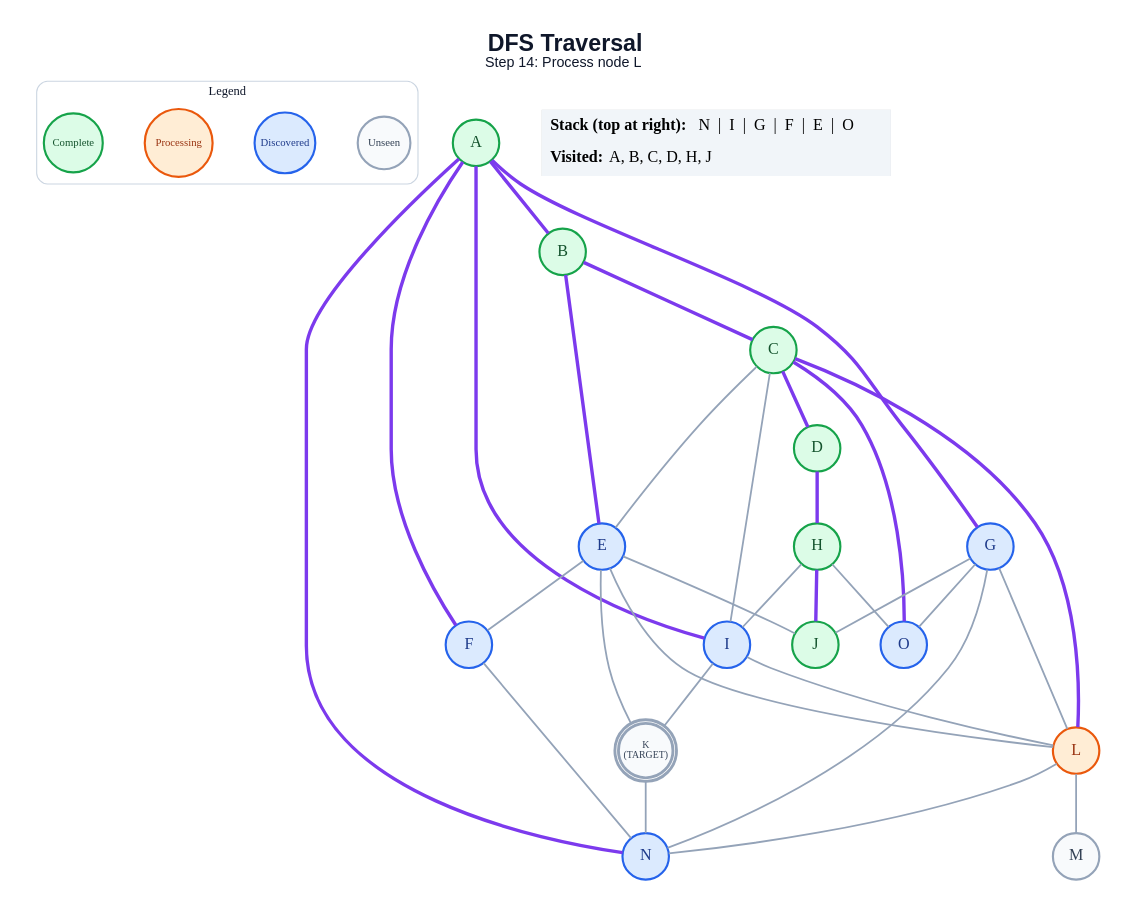
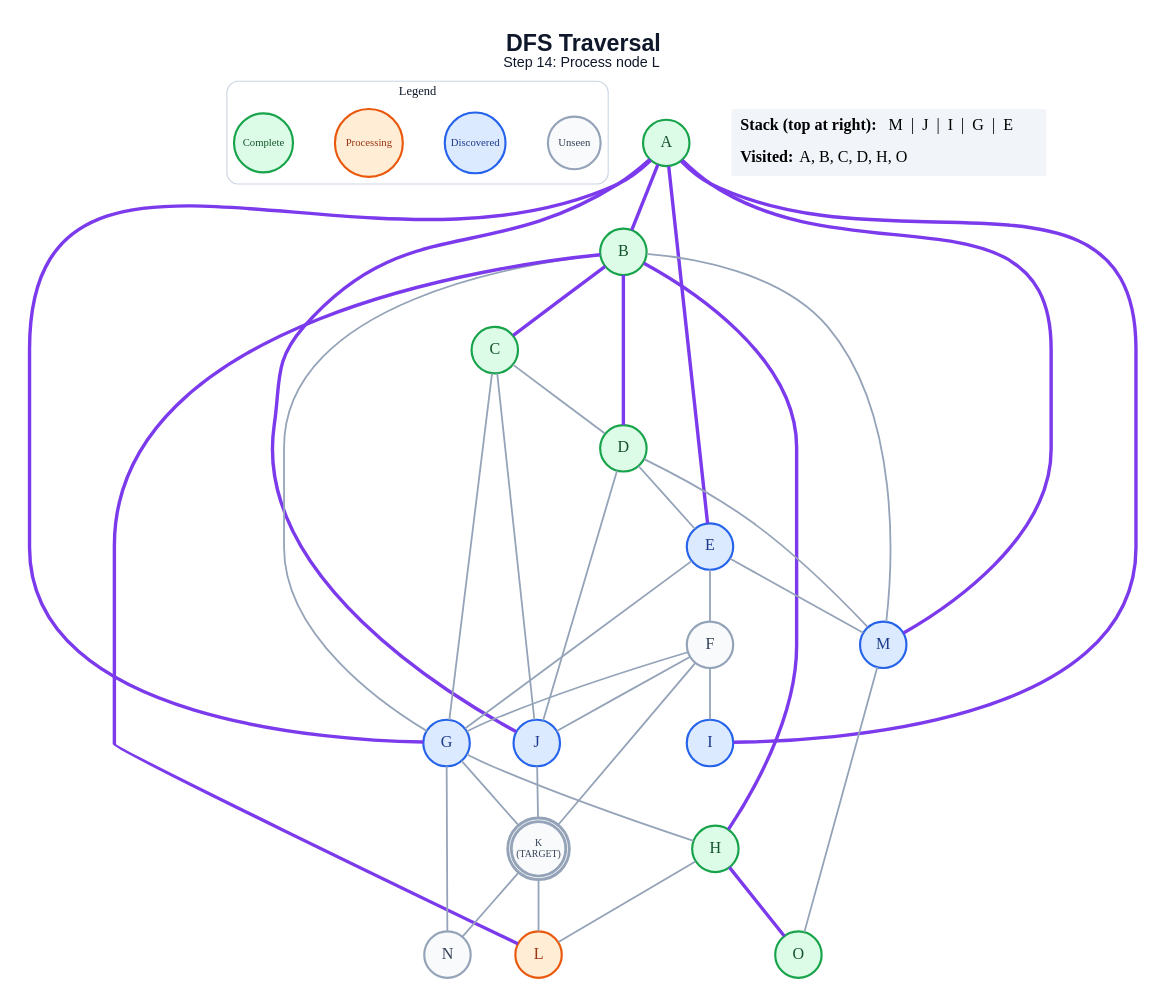
Before and after one commit to anon7238593-create/ai-slop: the diagram in generated/dfs/step_14.dot, drawn with Graphviz. The commit also changed 300 other files, not shown here.

```diff
--- a/generated/dfs/step_14.dot
+++ b/generated/dfs/step_14.dot
@@ -1,64 +1,68 @@
 graph traversal {
   graph [layout=dot, rankdir=TB, bgcolor="#FFFFFF", pad="0.35", nodesep="0.65", ranksep="0.8", fontname="Arial"];
   node [shape=circle, style="filled", fontname="Arial Bold", fontsize=18, width=0.72, fixedsize=true, penwidth=2.4];
   edge [color="#94A3B8", penwidth=2.0];
   label=<<B>DFS Traversal</B><BR/><FONT POINT-SIZE="16">Step 14: Process node L</FONT>>; labelloc="t"; fontsize=26; fontname="Arial"; fontcolor="#0F172A";
   subgraph cluster_legend { label="Legend"; color="#CBD5E1"; penwidth=1.2; style="rounded"; fontsize=14; fontname="Arial Bold";
     key_unseen [label="Unseen", fillcolor="#F8FAFC", color="#94A3B8", fontcolor="#334155", fontsize=12, width=0.82];
     key_frontier [label="Discovered", fillcolor="#DBEAFE", color="#2563EB", fontcolor="#1E3A8A", fontsize=12, width=0.95];
     key_current [label="Processing", fillcolor="#FFEDD5", color="#EA580C", fontcolor="#9A3412", fontsize=12, width=1.05];
     key_done [label="Complete", fillcolor="#DCFCE7", color="#16A34A", fontcolor="#14532D", fontsize=12, width=0.92];
     { rank=same; key_unseen; key_frontier; key_current; key_done; }
   }
   A [label="A", fillcolor="#DCFCE7", color="#16A34A", fontcolor="#14532D", peripheries=1, penwidth=2.4];
   B [label="B", fillcolor="#DCFCE7", color="#16A34A", fontcolor="#14532D", peripheries=1, penwidth=2.4];
   C [label="C", fillcolor="#DCFCE7", color="#16A34A", fontcolor="#14532D", peripheries=1, penwidth=2.4];
   D [label="D", fillcolor="#DCFCE7", color="#16A34A", fontcolor="#14532D", peripheries=1, penwidth=2.4];
   E [label="E", fillcolor="#DBEAFE", color="#2563EB", fontcolor="#1E3A8A", peripheries=1, penwidth=2.4];
-  F [label="F", fillcolor="#DBEAFE", color="#2563EB", fontcolor="#1E3A8A", peripheries=1, penwidth=2.4];
+  F [label="F", fillcolor="#F8FAFC", color="#94A3B8", fontcolor="#334155", peripheries=1, penwidth=2.4];
   G [label="G", fillcolor="#DBEAFE", color="#2563EB", fontcolor="#1E3A8A", peripheries=1, penwidth=2.4];
   H [label="H", fillcolor="#DCFCE7", color="#16A34A", fontcolor="#14532D", peripheries=1, penwidth=2.4];
   I [label="I", fillcolor="#DBEAFE", color="#2563EB", fontcolor="#1E3A8A", peripheries=1, penwidth=2.4];
-  J [label="J", fillcolor="#DCFCE7", color="#16A34A", fontcolor="#14532D", peripheries=1, penwidth=2.4];
+  J [label="J", fillcolor="#DBEAFE", color="#2563EB", fontcolor="#1E3A8A", peripheries=1, penwidth=2.4];
   K [label="K\n(TARGET)", fillcolor="#F8FAFC", color="#94A3B8", fontcolor="#334155", peripheries=2, penwidth=3.2, fontsize=11, width=0.85, height=0.85];
   L [label="L", fillcolor="#FFEDD5", color="#EA580C", fontcolor="#9A3412", peripheries=1, penwidth=2.4];
-  M [label="M", fillcolor="#F8FAFC", color="#94A3B8", fontcolor="#334155", peripheries=1, penwidth=2.4];
-  N [label="N", fillcolor="#DBEAFE", color="#2563EB", fontcolor="#1E3A8A", peripheries=1, penwidth=2.4];
-  O [label="O", fillcolor="#DBEAFE", color="#2563EB", fontcolor="#1E3A8A", peripheries=1, penwidth=2.4];
+  M [label="M", fillcolor="#DBEAFE", color="#2563EB", fontcolor="#1E3A8A", peripheries=1, penwidth=2.4];
+  N [label="N", fillcolor="#F8FAFC", color="#94A3B8", fontcolor="#334155", peripheries=1, penwidth=2.4];
+  O [label="O", fillcolor="#DCFCE7", color="#16A34A", fontcolor="#14532D", peripheries=1, penwidth=2.4];
   A -- B [color="#7C3AED", penwidth=3.8];
-  A -- F [color="#7C3AED", penwidth=3.8];
+  A -- E [color="#7C3AED", penwidth=3.8];
   A -- G [color="#7C3AED", penwidth=3.8];
   A -- I [color="#7C3AED", penwidth=3.8];
-  A -- N [color="#7C3AED", penwidth=3.8];
+  A -- J [color="#7C3AED", penwidth=3.8];
+  A -- M [color="#7C3AED", penwidth=3.8];
   B -- C [color="#7C3AED", penwidth=3.8];
-  B -- E [color="#7C3AED", penwidth=3.8];
-  C -- D [color="#7C3AED", penwidth=3.8];
-  C -- E;
-  C -- I;
-  C -- L [color="#7C3AED", penwidth=3.8];
-  C -- O [color="#7C3AED", penwidth=3.8];
-  D -- H [color="#7C3AED", penwidth=3.8];
+  B -- D [color="#7C3AED", penwidth=3.8];
+  B -- G;
+  B -- H [color="#7C3AED", penwidth=3.8];
+  B -- L [color="#7C3AED", penwidth=3.8];
+  B -- M;
+  C -- D;
+  C -- G;
+  C -- J;
+  D -- E;
+  D -- J;
+  D -- M;
   E -- F;
-  E -- J;
-  E -- K;
-  E -- L;
-  F -- N;
-  G -- J;
-  G -- L;
+  E -- G;
+  E -- M;
+  F -- G;
+  F -- I;
+  F -- J;
+  F -- K;
+  G -- H;
+  G -- K;
   G -- N;
-  G -- O;
-  H -- I;
-  H -- J [color="#7C3AED", penwidth=3.8];
-  H -- O;
-  I -- K;
-  I -- L;
+  H -- L;
+  H -- O [color="#7C3AED", penwidth=3.8];
+  J -- K;
+  K -- L;
   K -- N;
-  L -- M;
-  L -- N;
+  M -- O;
   status [shape=plain, fixedsize=false, width=0, height=0, margin=0, label=<
     <TABLE BORDER="0" CELLBORDER="0" CELLPADDING="7" BGCOLOR="#F1F5F9">
-      <TR><TD ALIGN="LEFT"><B>Stack (top at right):</B> N  |  I  |  G  |  F  |  E  |  O</TD></TR>
-      <TR><TD ALIGN="LEFT"><B>Visited:</B> A, B, C, D, H, J</TD></TR>
+      <TR><TD ALIGN="LEFT"><B>Stack (top at right):</B> M  |  J  |  I  |  G  |  E</TD></TR>
+      <TR><TD ALIGN="LEFT"><B>Visited:</B> A, B, C, D, H, O</TD></TR>
     </TABLE>
   >];
 }
```
